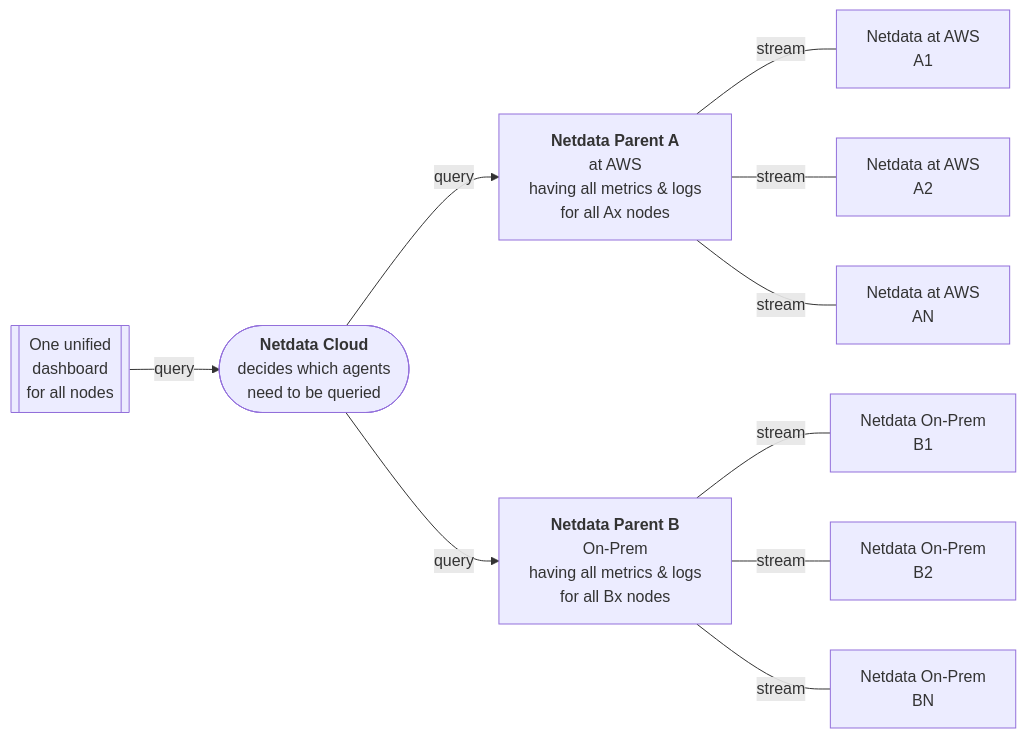
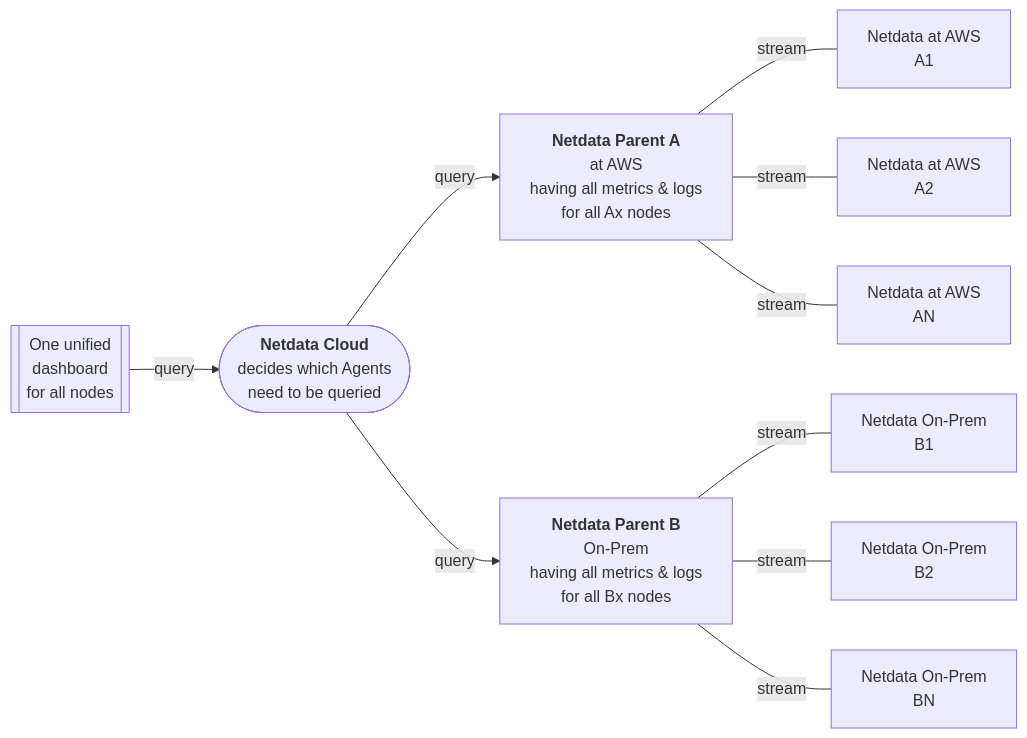
Before and after one commit to Bvegas882/netdata: the first of 2 diagrams in docs/deployment-guides/deployment-with-centralization-points.md, drawn with Mermaid. The commit also changed other lines of this file and 6 other files, not shown here.

````diff
--- a/docs/deployment-guides/deployment-with-centralization-points.md
+++ b/docs/deployment-guides/deployment-with-centralization-points.md
@@ -21,32 +21,32 @@
 ```mermaid
 flowchart LR
     WEB[["One unified
         dashboard
         for all nodes"]]
     NC(["<b>Netdata Cloud</b>
-        decides which agents
+        decides which Agents
         need to be queried"])
     SA1["Netdata at AWS
          A1"]
     SA2["Netdata at AWS
          A2"]
     SAN["Netdata at AWS
          AN"]
     PA["<b>Netdata Parent A</b>
         at AWS
         having all metrics & logs
         for all Ax nodes"]
     SB1["Netdata On-Prem
          B1"]
     SB2["Netdata On-Prem
          B2"]
     SBN["Netdata On-Prem
          BN"]
     PB["<b>Netdata Parent B</b>
         On-Prem
         having all metrics & logs
         for all Bx nodes"]
     WEB -->|query| NC -->|query| PA & PB
     PA ---|stream| SA1 & SA2 & SAN
     PB ---|stream| SB1 & SB2 & SBN 
 ```
````
